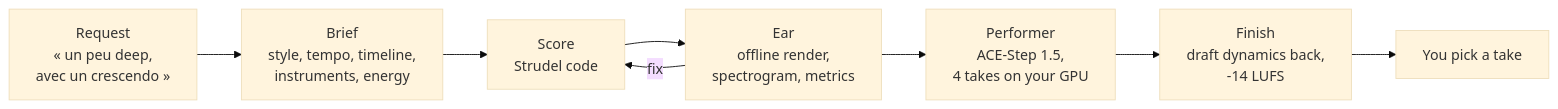
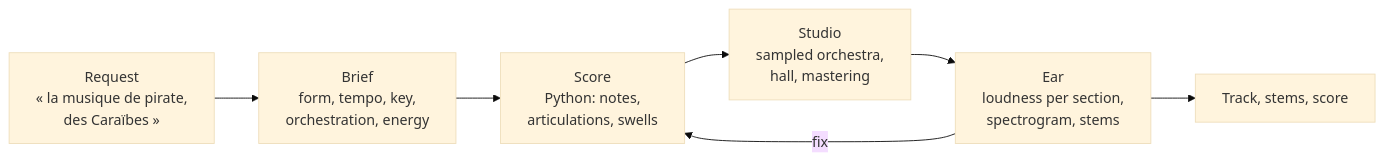
The diagram in README.md (EtienneLescot/claude-music-skill), drawn with Mermaid (base theme) before and after one commit. The commit also changed other lines of this file and 16 other files, not shown here.

First line of the commit message:
Music studio: the agent writes the score, a sampled orchestra plays it

````diff
--- a/README.md
+++ b/README.md
@@ -19,10 +25,9 @@
 ```mermaid
 flowchart LR
-    A["Request<br/>« un peu deep,<br/>avec un crescendo »"] --> B["Brief<br/>style, tempo, timeline,<br/>instruments, energy"]
-    B --> C["Score<br/>Strudel code"]
-    C --> D["Ear<br/>offline render,<br/>spectrogram, metrics"]
-    D -- fix --> C
-    D --> E["Performer<br/>ACE-Step 1.5,<br/>4 takes on your GPU"]
-    E --> F["Finish<br/>draft dynamics back,<br/>-14 LUFS"]
-    F --> G["You pick a take"]
+    A["Request<br/>« la musique de pirate,<br/>des Caraïbes »"] --> B["Brief<br/>form, tempo, key,<br/>orchestration, energy"]
+    B --> C["Score<br/>Python: notes,<br/>articulations, swells"]
+    C --> D["Studio<br/>sampled orchestra,<br/>hall, mastering"]
+    D --> E["Ear<br/>loudness per section,<br/>spectrogram, stems"]
+    E -- fix --> C
+    E --> F["Track, stems, score"]
 ```
````
